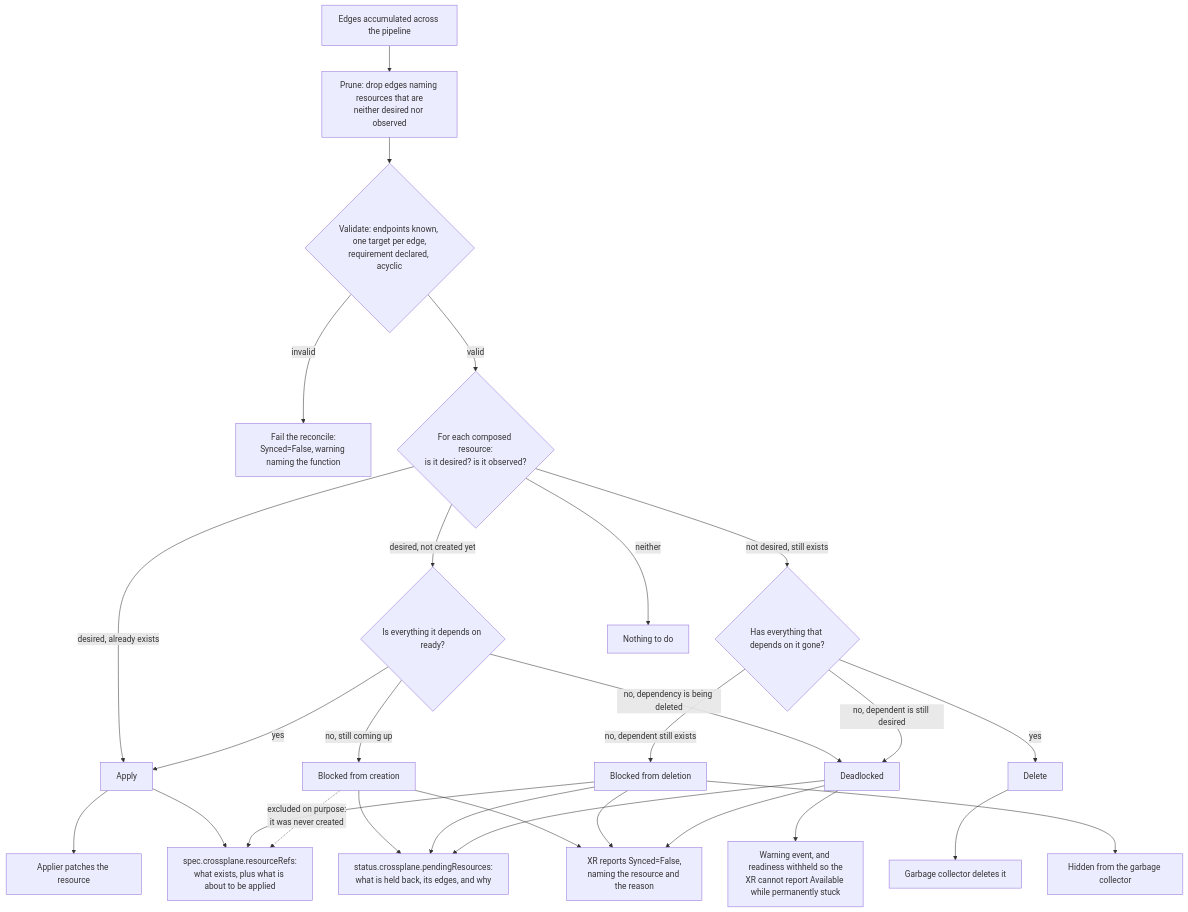
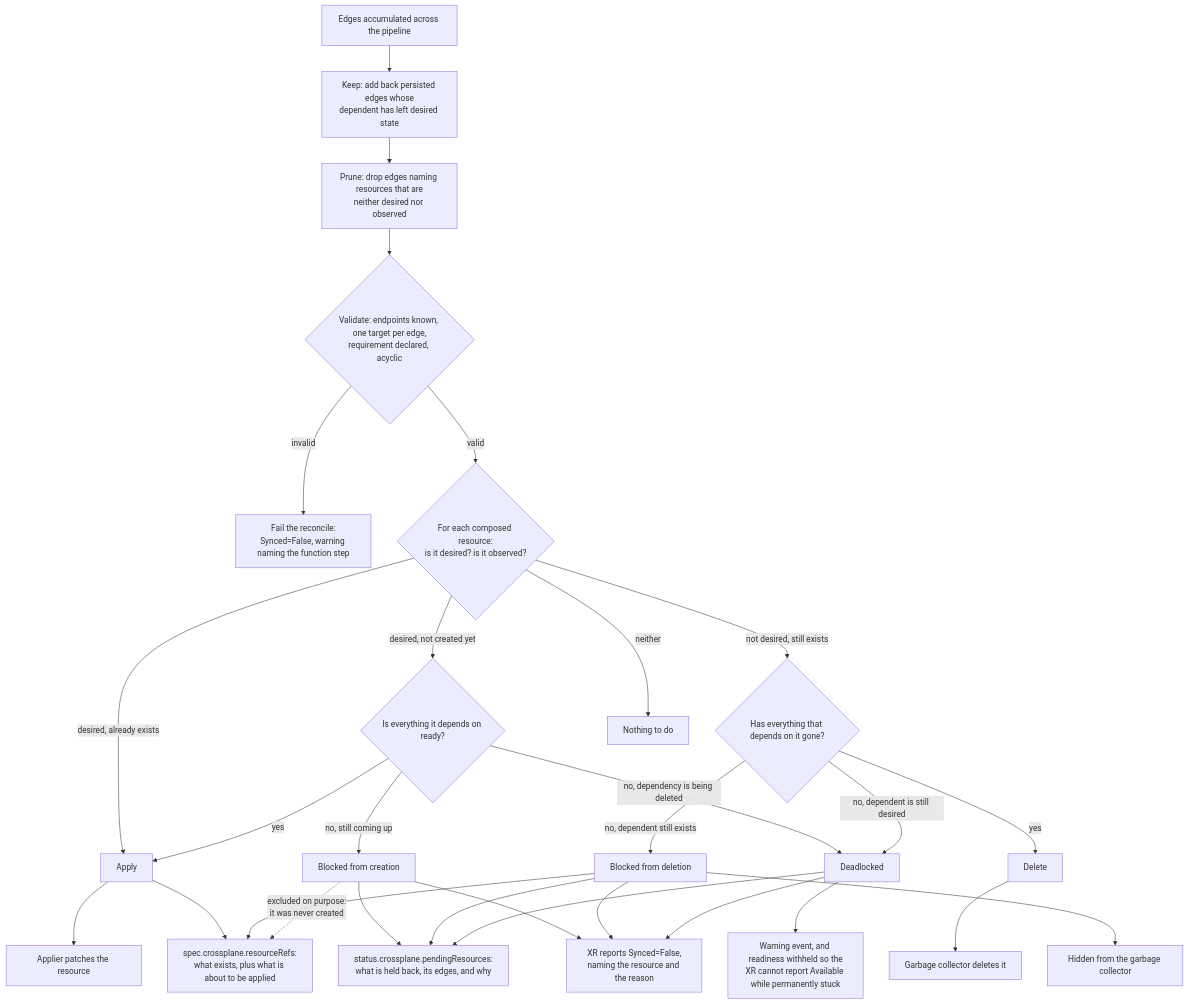
The diagram in design/design-doc-composed-resource-ordering.md (crossplane/crossplane), drawn with Mermaid before and after one commit. The commit also changed other lines of this file, not shown here.

````diff
--- a/design/design-doc-composed-resource-ordering.md
+++ b/design/design-doc-composed-resource-ordering.md
@@ -394,38 +426,39 @@
 ```mermaid
 flowchart TD
     A["Edges accumulated across the pipeline"]
-    A --> B["Prune: drop edges naming resources that are<br/>neither desired nor observed"]
+    A --> K["Keep: add back persisted edges whose<br/>dependent has left desired state"]
+    K --> B["Prune: drop edges naming resources that are<br/>neither desired nor observed"]
     B --> C{"Validate: endpoints known, one target per edge,<br/>requirement declared, acyclic"}
-    C -- invalid --> X["Fail the reconcile:<br/>Synced=False, warning naming the function"]
+    C -- invalid --> X["Fail the reconcile:<br/>Synced=False, warning naming the function step"]
     C -- valid --> D{"For each composed resource:<br/>is it desired? is it observed?"}
 
     D -- "desired, already exists" --> AP["Apply"]
     D -- "desired, not created yet" --> G1{"Is everything it depends on ready?"}
     D -- "not desired, still exists" --> G2{"Has everything that depends on it gone?"}
     D -- "neither" --> Z["Nothing to do"]
 
     G1 -- yes --> AP
     G1 -- "no, still coming up" --> W1["Blocked from creation"]
     G1 -- "no, dependency is being deleted" --> DL["Deadlocked"]
 
     G2 -- yes --> DE["Delete"]
     G2 -- "no, dependent still exists" --> W2["Blocked from deletion"]
     G2 -- "no, dependent is still desired" --> DL
 
     AP --> PATCH["Applier patches the resource"]
     DE --> GC["Garbage collector deletes it"]
     W2 --> HIDE["Hidden from the garbage collector"]
 
     AP --> REFS["spec.crossplane.resourceRefs:<br/>what exists, plus what is about to be applied"]
     W2 --> REFS
     W1 -. "excluded on purpose:<br/>it was never created" .-> REFS
 
     W1 --> PEND["status.crossplane.pendingResources:<br/>what is held back, its edges, and why"]
     W2 --> PEND
     DL --> PEND
 
     W1 --> SYNC["XR reports Synced=False,<br/>naming the resource and the reason"]
     W2 --> SYNC
     DL --> SYNC
     DL --> WARN["Warning event, and readiness withheld so the<br/>XR cannot report Available while permanently stuck"]
 ```
````
